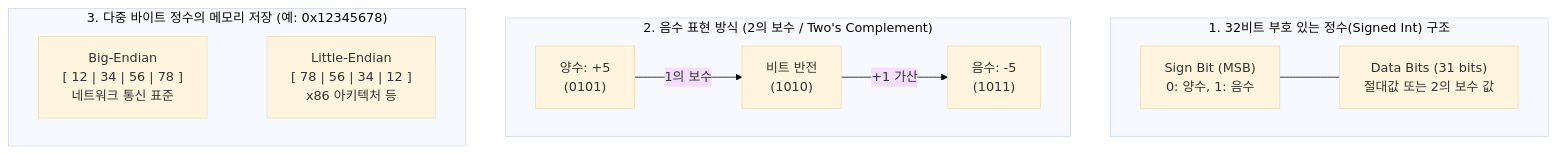
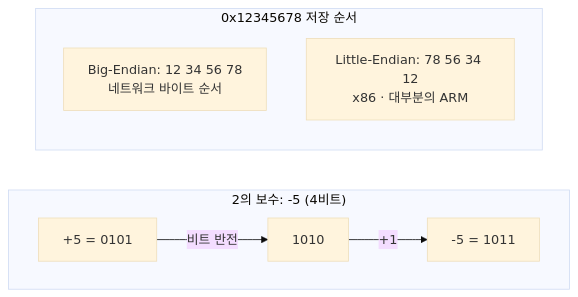
The diagram in content/01_IT Tech/Int Type.md (supremethumb/supremethumb.github.io), drawn with Mermaid (base theme) before and after one commit. The commit also changed other lines of this file and 1087 other files, not shown here.

````diff
--- a/content/01_IT Tech/Int Type.md
+++ b/content/01_IT Tech/Int Type.md
@@ -27,19 +35,12 @@
 ```mermaid
-flowchart TD
-    subgraph "1. 32비트 부호 있는 정수(Signed Int) 구조"
+flowchart LR
+    subgraph TC["2의 보수: -5 (4비트)"]
         direction LR
-        S["Sign Bit (MSB)<br/>0: 양수, 1: 음수"] --- D["Data Bits (31 bits)<br/>절대값 또는 2의 보수 값"]
+        P["+5 = 0101"] -- "비트 반전" --> I["1010"] -- "+1" --> N["-5 = 1011"]
     end
-    
-    subgraph "2. 음수 표현 방식 (2의 보수 / Two's Complement)"
-        direction LR
-        Step1["양수: +5<br>(0101)"] -->|1의 보수| Step2["비트 반전<br>(1010)"]
-        Step2 -->|+1 가산| Step3["음수: -5<br>(1011)"]
+    subgraph EN["0x12345678 저장 순서"]
+        direction TB
+        BE["Big-Endian: 12 34 56 78<br/>네트워크 바이트 순서"]
+        LE["Little-Endian: 78 56 34 12<br/>x86 · 대부분의 ARM"]
     end
-    
-    subgraph "3. 다중 바이트 정수의 메모리 저장 (예: 0x12345678)"
-        direction LR
-        Big["Big-Endian<br>[ 12 | 34 | 56 | 78 ]<br>네트워크 통신 표준"] ~~~ Little["Little-Endian<br>[ 78 | 56 | 34 | 12 ]<br>x86 아키텍처 등"]
-    end
-
 ```
````
